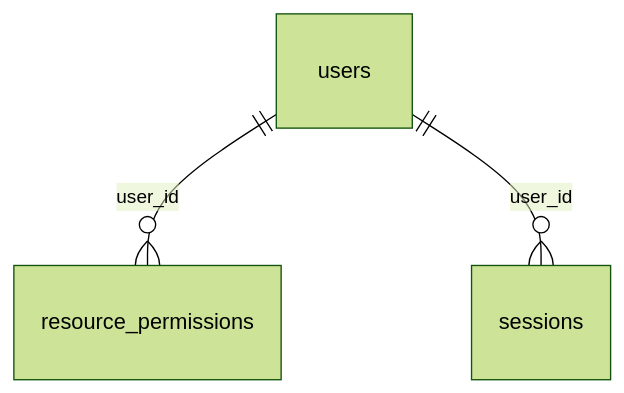
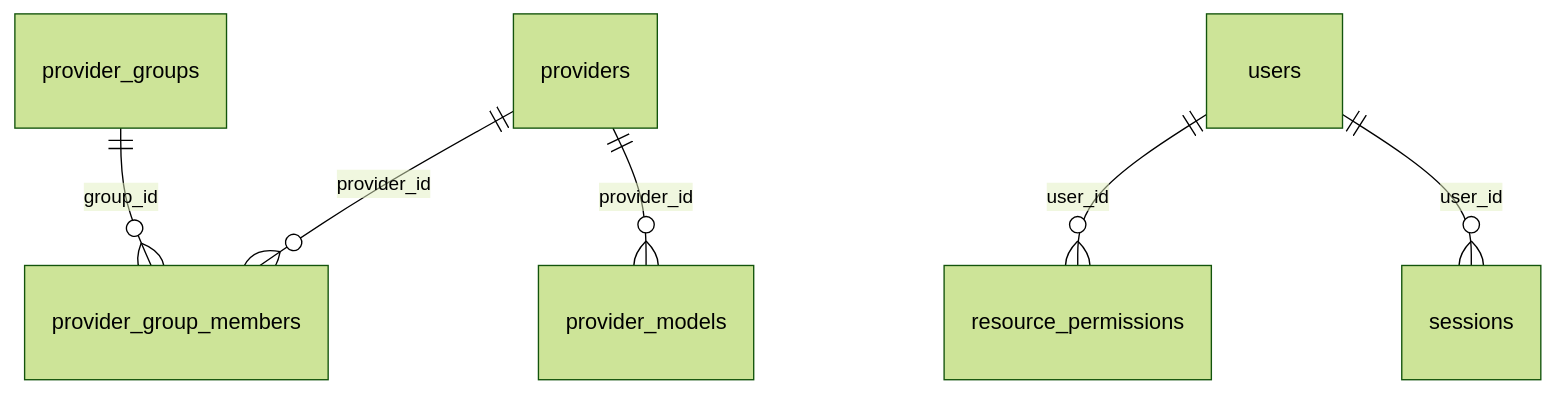
One commit to jayfalls/ace_prototype changed the diagram in documentation/database-design/erd/master.md. Above: the diagram before and after it, drawn with Mermaid (forest theme). The commit also changed 18 other files, not shown here.

First line of the commit message:
[unit: providers] Slice 5: Provider list frontend (#313)

````diff
--- a/documentation/database-design/erd/master.md
+++ b/documentation/database-design/erd/master.md
@@ -3,5 +3,8 @@
 ```mermaid
 erDiagram
+    providers ||--o{ provider_group_members : "provider_id"
+    provider_groups ||--o{ provider_group_members : "group_id"
+    providers ||--o{ provider_models : "provider_id"
     users ||--o{ resource_permissions : "user_id"
     users ||--o{ sessions : "user_id"
 ```
````
